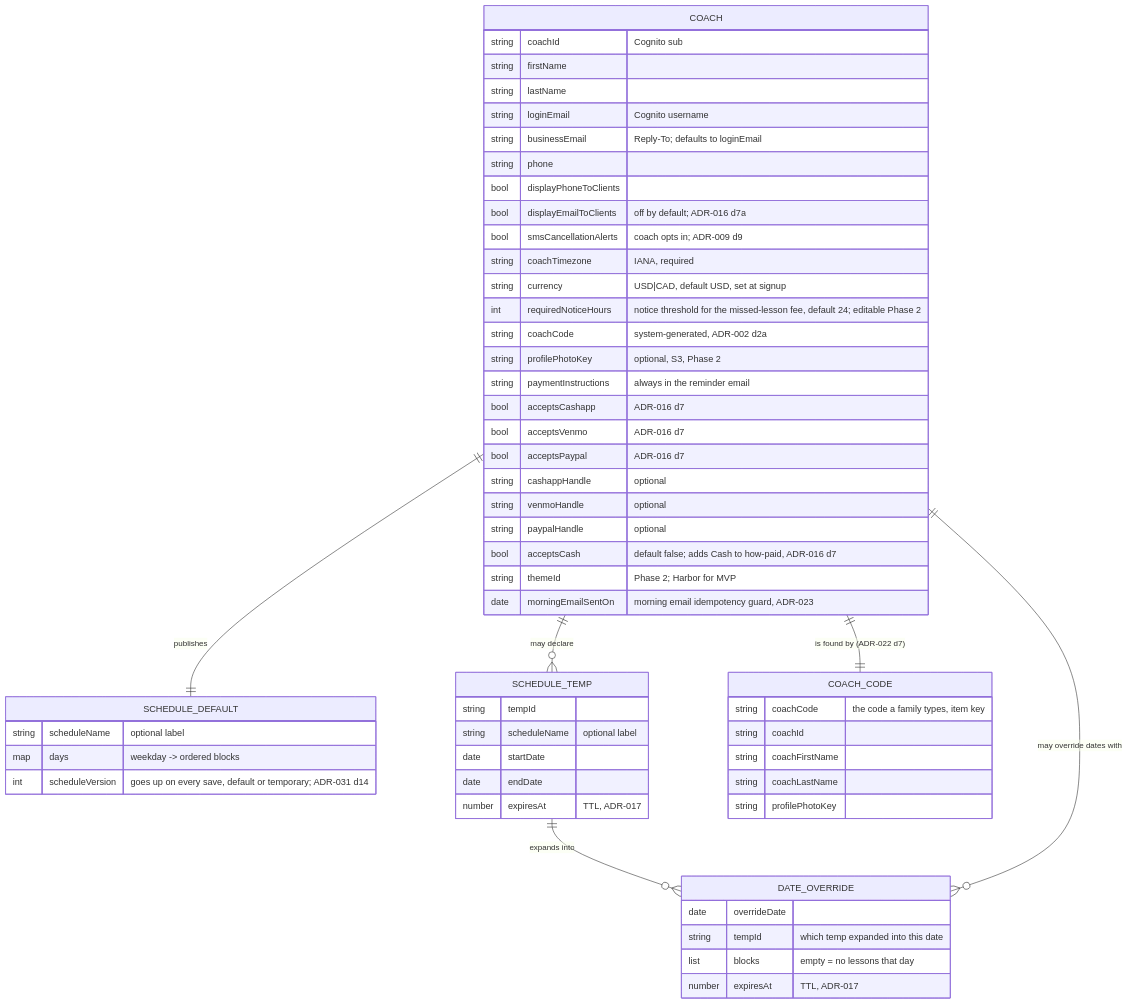
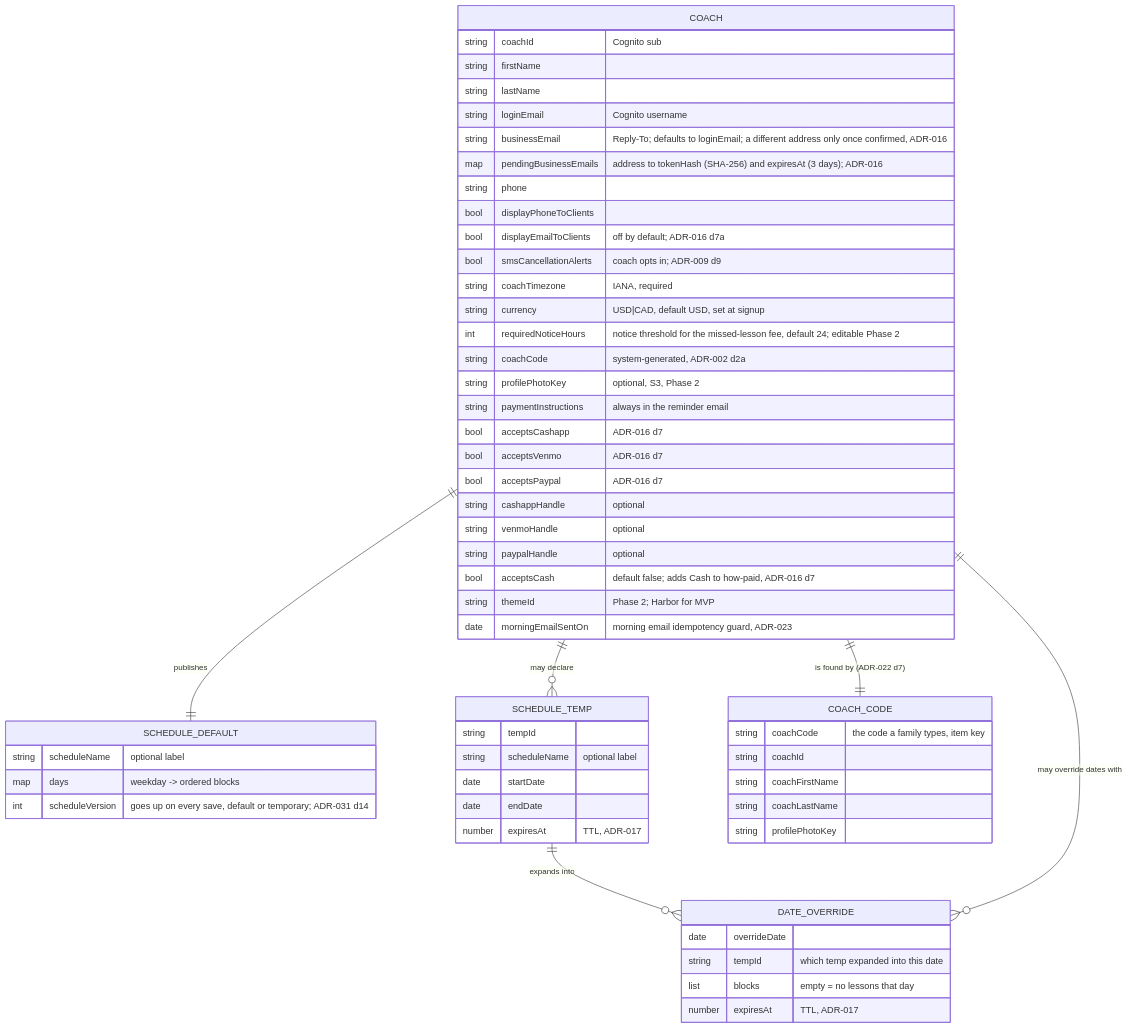
Before and after one commit to jessicamvega6/bladebook: the fourth of 31 diagrams in docs/architecture.md, drawn with Mermaid. The commit also changed other lines of this file and 65 other files, not shown here.

````diff
--- a/docs/architecture.md
+++ b/docs/architecture.md
@@ -267,60 +266,61 @@
 ```mermaid
 erDiagram
     COACH ||--|| SCHEDULE_DEFAULT : "publishes"
     COACH ||--o{ SCHEDULE_TEMP : "may declare"
     SCHEDULE_TEMP ||--o{ DATE_OVERRIDE : "expands into"
     COACH ||--o{ DATE_OVERRIDE : "may override dates with"
     COACH ||--|| COACH_CODE : "is found by (ADR-022 d7)"
 
     COACH {
         string coachId "Cognito sub"
         string firstName
         string lastName
         string loginEmail "Cognito username"
-        string businessEmail "Reply-To; defaults to loginEmail"
+        string businessEmail "Reply-To; defaults to loginEmail; a different address only once confirmed, ADR-016"
+        map    pendingBusinessEmails "address to tokenHash (SHA-256) and expiresAt (3 days); ADR-016"
         string phone
         bool   displayPhoneToClients
         bool   displayEmailToClients "off by default; ADR-016 d7a"
         bool   smsCancellationAlerts "coach opts in; ADR-009 d9"
         string coachTimezone "IANA, required"
         string currency "USD|CAD, default USD, set at signup"
         int    requiredNoticeHours "notice threshold for the missed-lesson fee, default 24; editable Phase 2"
         string coachCode "system-generated, ADR-002 d2a"
         string profilePhotoKey "optional, S3, Phase 2"
         string paymentInstructions "always in the reminder email"
         bool   acceptsCashapp "ADR-016 d7"
         bool   acceptsVenmo "ADR-016 d7"
         bool   acceptsPaypal "ADR-016 d7"
         string cashappHandle "optional"
         string venmoHandle "optional"
         string paypalHandle "optional"
         bool   acceptsCash "default false; adds Cash to how-paid, ADR-016 d7"
         string themeId "Phase 2; Harbor for MVP"
         date   morningEmailSentOn "morning email idempotency guard, ADR-023"
     }
     SCHEDULE_DEFAULT {
         string scheduleName "optional label"
         map days "weekday -> ordered blocks"
         int    scheduleVersion "goes up on every save, default or temporary; ADR-031 d14"
     }
     SCHEDULE_TEMP {
         string tempId
         string scheduleName "optional label"
         date   startDate
         date   endDate
         number expiresAt "TTL, ADR-017"
     }
     DATE_OVERRIDE {
         date   overrideDate
         string tempId "which temp expanded into this date"
         list   blocks "empty = no lessons that day"
         number expiresAt "TTL, ADR-017"
     }
     COACH_CODE {
         string coachCode "the code a family types, item key"
         string coachId
         string coachFirstName
         string coachLastName
         string profilePhotoKey
     }
 ```
````
